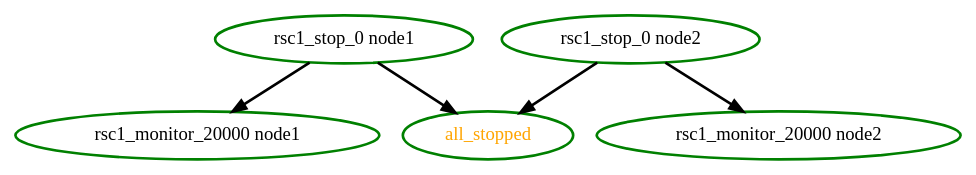
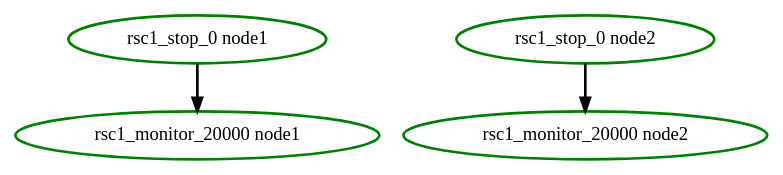
Before and after one commit to eurolinux-enterprise-linux-sources/pacemaker: the diagram in src/pengine/test10/stopped-monitor-22.dot, drawn with Graphviz. The commit also changed 1674 other files, not shown here.

```diff
--- a/src/pengine/test10/stopped-monitor-22.dot
+++ b/src/pengine/test10/stopped-monitor-22.dot
@@ -1,11 +1,8 @@
 digraph "g" {
-"all_stopped" [ style=bold color="green" fontcolor="orange" ]
 "rsc1_monitor_20000 node1" [ style=bold color="green" fontcolor="black" ]
 "rsc1_monitor_20000 node2" [ style=bold color="green" fontcolor="black" ]
-"rsc1_stop_0 node1" -> "all_stopped" [ style = bold]
 "rsc1_stop_0 node1" -> "rsc1_monitor_20000 node1" [ style = bold]
 "rsc1_stop_0 node1" [ style=bold color="green" fontcolor="black" ]
-"rsc1_stop_0 node2" -> "all_stopped" [ style = bold]
 "rsc1_stop_0 node2" -> "rsc1_monitor_20000 node2" [ style = bold]
 "rsc1_stop_0 node2" [ style=bold color="green" fontcolor="black" ]
 }
```
